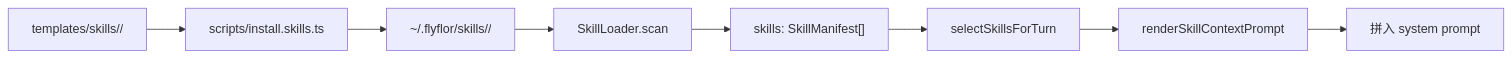
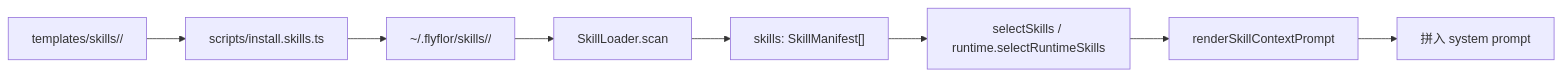
One commit to flyflor/flyflor changed the first of 2 diagrams in docs/skill.system.md. Above: the diagram before and after it, drawn with Mermaid. The commit also changed other lines of this file and 129 other files, not shown here.

````diff
--- a/docs/skill.system.md
+++ b/docs/skill.system.md
@@ -31,10 +31,10 @@
 ```mermaid
 flowchart LR
     Builtin["templates/skills/<id>/"] --> Install["scripts/install.skills.ts"]
     Install --> Userdir["~/.flyflor/skills/<id>/"]
     Userdir --> Loader["SkillLoader.scan"]
     Loader --> Memo["skills: SkillManifest[]"]
-    Memo --> Select["selectSkillsForTurn"]
+    Memo --> Select["selectSkills / runtime.selectRuntimeSkills"]
     Select --> Prompt["renderSkillContextPrompt"]
     Prompt --> Model["拼入 system prompt"]
 ```
````
